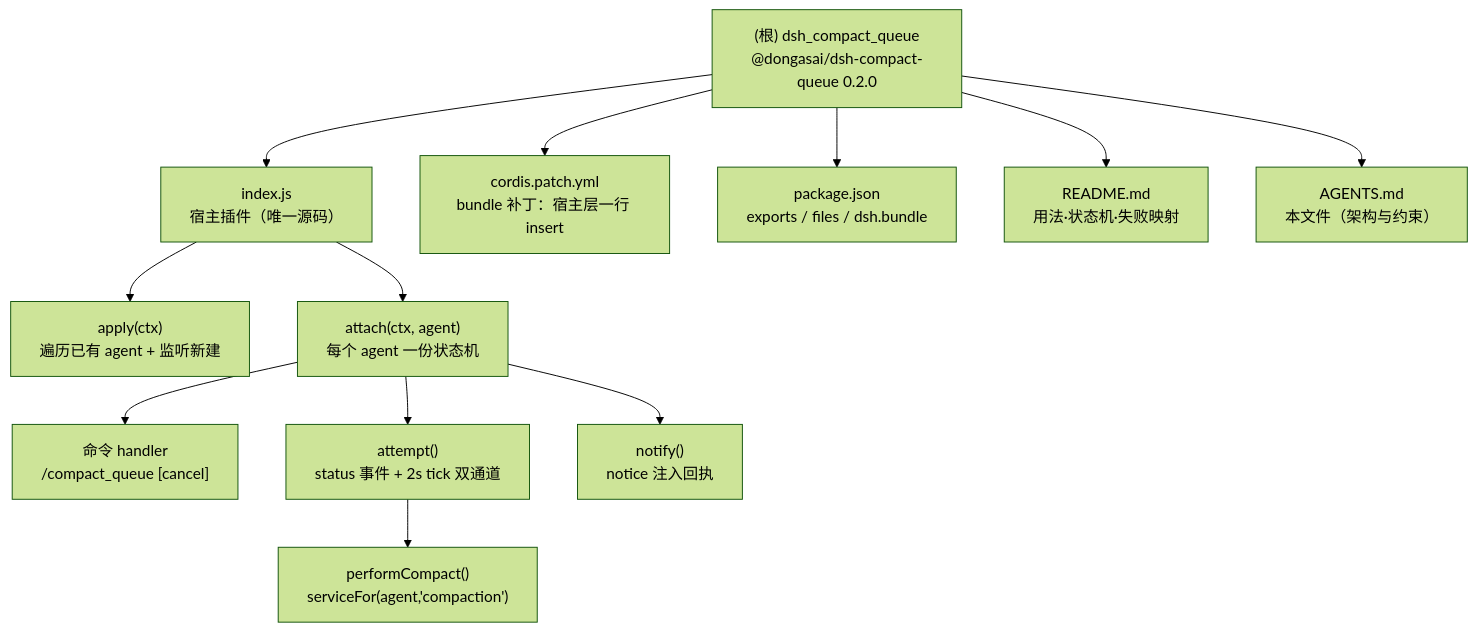
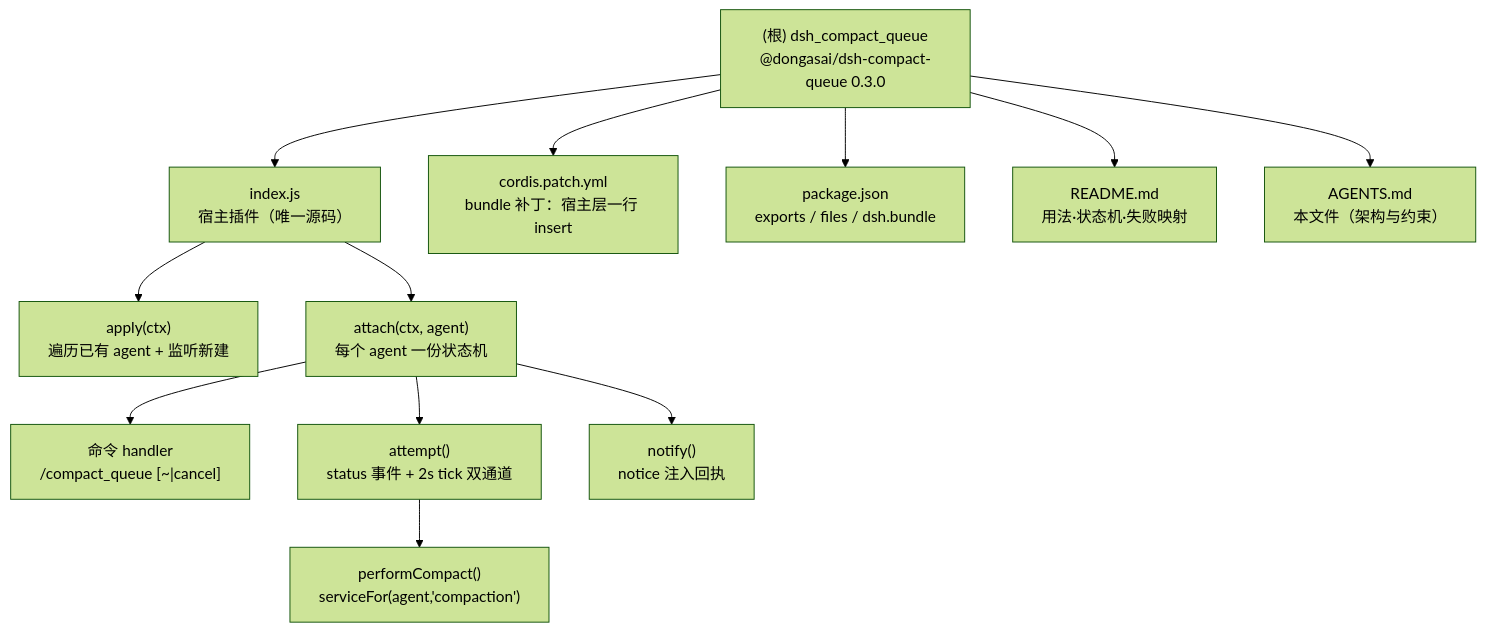
The diagram in AGENTS.md (dongasai/dsh_compact_queue), drawn with Mermaid (forest theme) before and after one commit. The commit also changed other lines of this file and 4 other files, not shown here.

Commit message:
发版(0.3): 队列默认 24 小时并新增 /compact_queue ~ 无限等待

````diff
--- a/AGENTS.md
+++ b/AGENTS.md
@@ -64,20 +64,20 @@
 ```mermaid
 graph TD
-    A["(根) dsh_compact_queue<br/>@dongasai/dsh-compact-queue 0.2.0"] --> B["index.js<br/>宿主插件（唯一源码）"]
+    A["(根) dsh_compact_queue<br/>@dongasai/dsh-compact-queue 0.3.0"] --> B["index.js<br/>宿主插件（唯一源码）"]
     A --> C["cordis.patch.yml<br/>bundle 补丁：宿主层一行 insert"]
     A --> D["package.json<br/>exports / files / dsh.bundle"]
     A --> E["README.md<br/>用法·状态机·失败映射"]
     A --> F["AGENTS.md<br/>本文件（架构与约束）"]
     B --> B1["apply(ctx)<br/>遍历已有 agent + 监听新建"]
     B --> B2["attach(ctx, agent)<br/>每个 agent 一份状态机"]
-    B2 --> B3["命令 handler<br/>/compact_queue [cancel]"]
+    B2 --> B3["命令 handler<br/>/compact_queue [~|cancel]"]
     B2 --> B4["attempt()<br/>status 事件 + 2s tick 双通道"]
     B2 --> B5["notify()<br/>notice 注入回执"]
     B4 --> B6["performCompact()<br/>serviceFor(agent,'compaction')"]
 
     click A "./AGENTS.md" "架构与约束"
     click B "./index.js" "唯一源码"
     click C "./cordis.patch.yml" "bundle 补丁"
     click D "./package.json" "包元数据"
     click E "./README.md" "用户文档"
 ```
````
